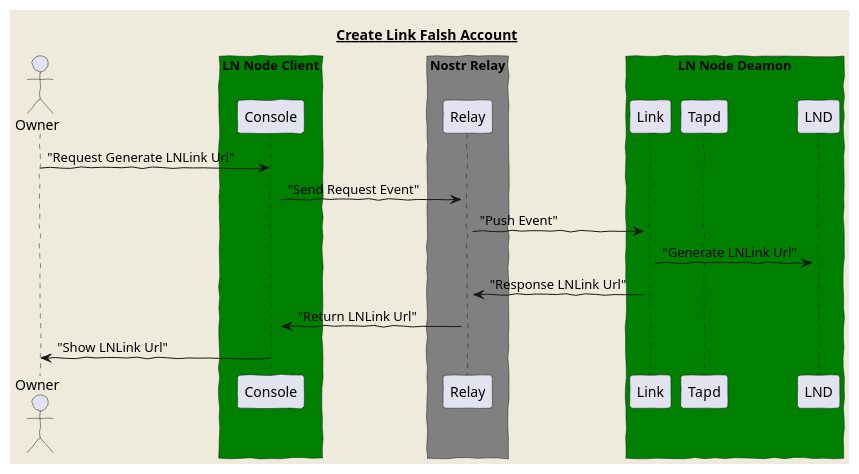
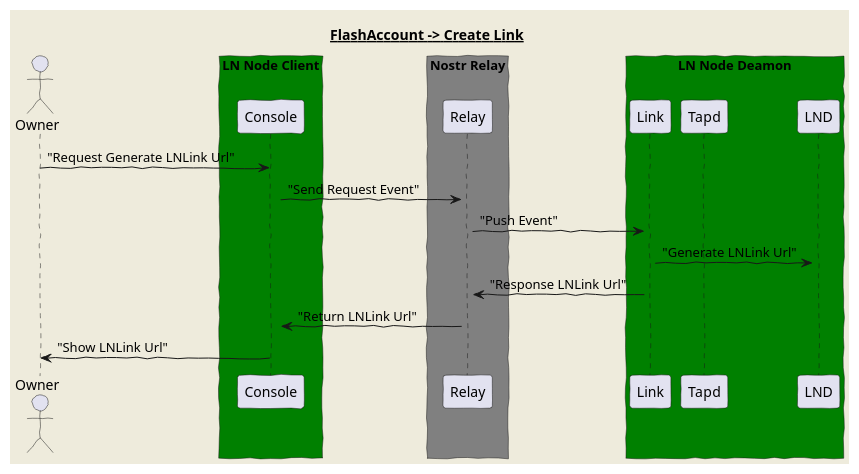
The first of 2 diagrams in LNLink/FlashAccount.puml (lnfi-network/ln-node), drawn with PlantUML before and after one commit. The commit also changed other lines of this file and 3 other files, not shown here.

Commit message:
Add taproot channel supports & FlashAccount support

```diff
--- a/LNLink/FlashAccount.puml
+++ b/LNLink/FlashAccount.puml
@@ -1,33 +1,33 @@
-@startuml LNLink
+@startuml FlashAccount_CreateAccount
 'https://plantuml.com/sequence-diagram
 skinparam backgroundColor #EEEBDC
 skinparam handwritten true
 
 title
- <u>Create Link Falsh Account</u>
+ <u>FlashAccount -> Create Link</u>
 end title
 actor Owner
 
 box "LN Node Client" #green
 activate "Console"
 end box
 
 box "Nostr Relay" #Grey
 activate "Relay"
 end box
 
 box "LN Node Deamon" #green
 activate "Console"
 activate "Link"
 activate "Tapd"
 activate "LND"
 end box
 
 Owner -> Console : "Request Generate LNLink Url"
 Console -> Relay : "Send Request Event"
 Relay -> Link: "Push Event"
 Link -> LND: "Generate LNLink Url"
 Link -> Relay: "Response LNLink Url"
 Relay -> Console: "Return LNLink Url"
 Console -> Owner: "Show LNLink Url"
 @enduml
```
